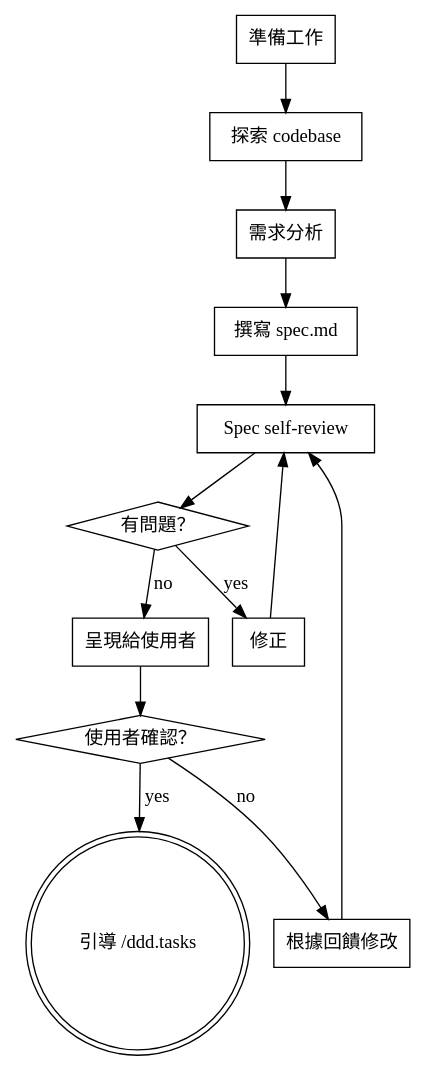
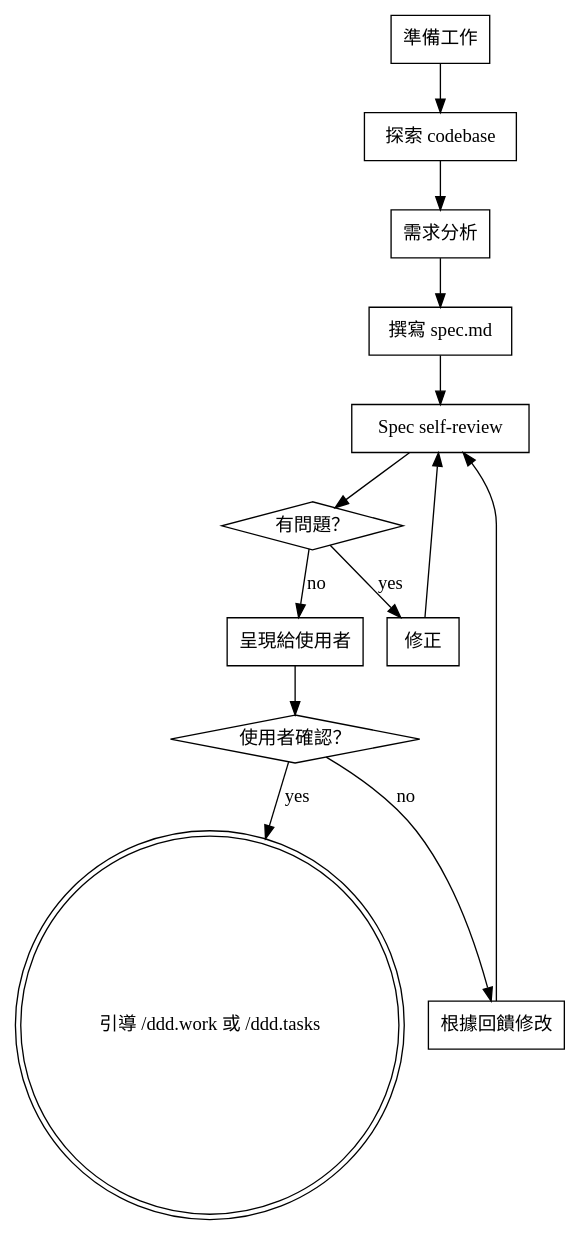
Before and after one commit to applepig/ddd-workflow: the diagram in ddd-workflow/skills/ddd.spec/SKILL.md, drawn with Graphviz. The commit also changed other lines of this file and 12 other files, not shown here.

Commit message:
docs(ddd-workflow): make tasks optional

````diff
--- a/ddd-workflow/skills/ddd.spec/SKILL.md
+++ b/ddd-workflow/skills/ddd.spec/SKILL.md
@@ -33,28 +33,28 @@
 ```dot
 digraph spec_flow {
     "準備工作" [shape=box];
     "探索 codebase" [shape=box];
     "需求分析" [shape=box];
     "撰寫 spec.md" [shape=box];
     "Spec self-review" [shape=box];
     "有問題？" [shape=diamond];
     "修正" [shape=box];
     "呈現給使用者" [shape=box];
     "使用者確認？" [shape=diamond];
     "根據回饋修改" [shape=box];
-    "引導 /ddd.tasks" [shape=doublecircle];
+    "引導 /ddd.work 或 /ddd.tasks" [shape=doublecircle];
 
     "準備工作" -> "探索 codebase";
     "探索 codebase" -> "需求分析";
     "需求分析" -> "撰寫 spec.md";
     "撰寫 spec.md" -> "Spec self-review";
     "Spec self-review" -> "有問題？";
     "有問題？" -> "修正" [label="yes"];
     "修正" -> "Spec self-review";
     "有問題？" -> "呈現給使用者" [label="no"];
     "呈現給使用者" -> "使用者確認？";
     "使用者確認？" -> "根據回饋修改" [label="no"];
     "根據回饋修改" -> "Spec self-review";
-    "使用者確認？" -> "引導 /ddd.tasks" [label="yes"];
+    "使用者確認？" -> "引導 /ddd.work 或 /ddd.tasks" [label="yes"];
 }
 ```
````
